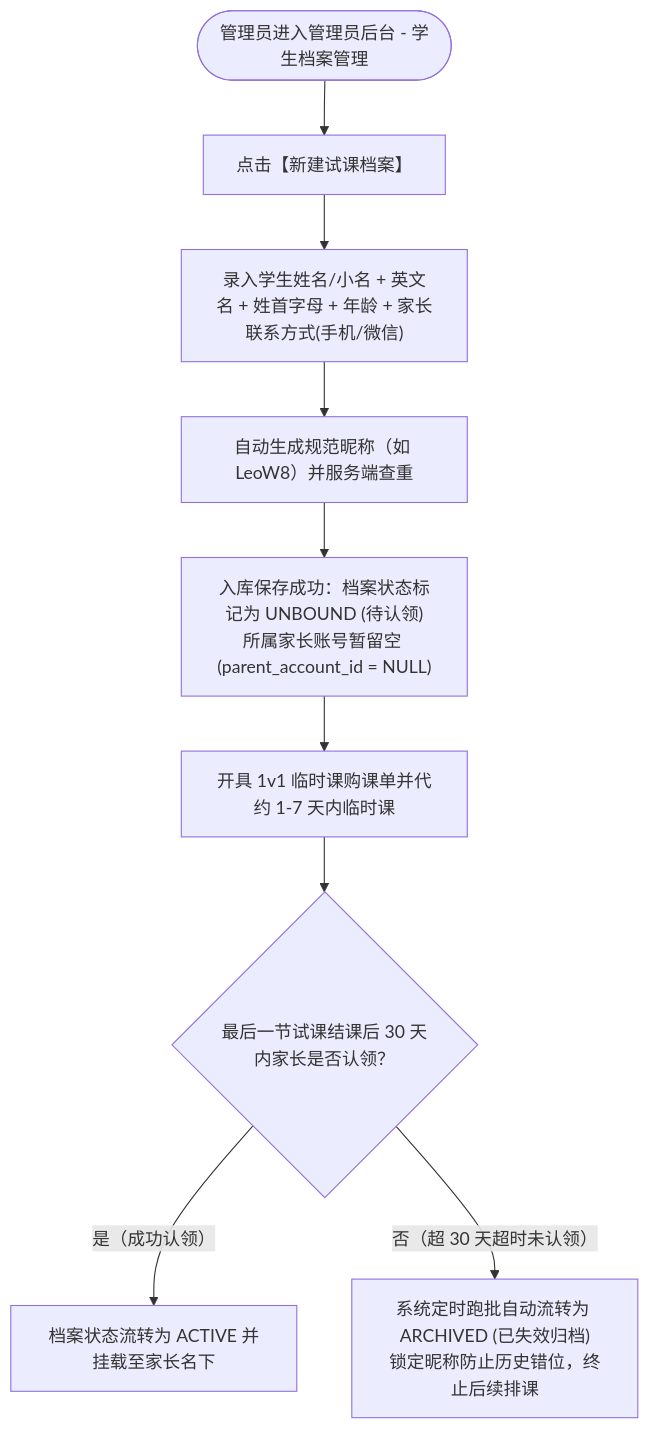
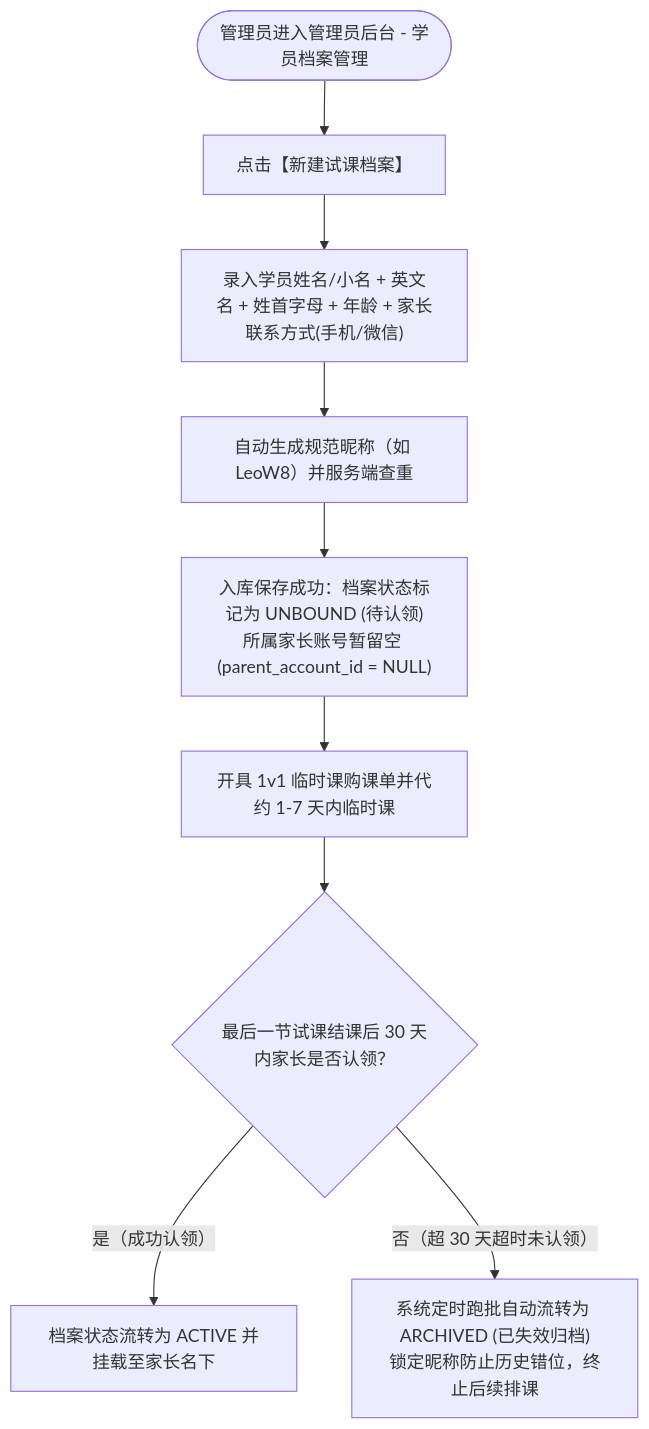
One commit to Onezao/dream changed the second of 6 diagrams in docs/prd/m1a_student_profile.md. Above: the diagram before and after it, drawn with Mermaid. The commit also changed other lines of this file and 37 other files, not shown here.

````diff
--- a/docs/prd/m1a_student_profile.md
+++ b/docs/prd/m1a_student_profile.md
@@ -87,11 +87,11 @@
 ```mermaid
 flowchart TD
-    AdminStart(["管理员进入管理员后台 - 学生档案管理"]) --> ClickPreCreate["点击【新建试课档案】"]
-    ClickPreCreate --> InputTrialForm["录入学生姓名/小名 + 英文名 + 姓首字母 + 年龄 + 家长联系方式(手机/微信)"]
+    AdminStart(["管理员进入管理员后台 - 学员档案管理"]) --> ClickPreCreate["点击【新建试课档案】"]
+    ClickPreCreate --> InputTrialForm["录入学员姓名/小名 + 英文名 + 姓首字母 + 年龄 + 家长联系方式(手机/微信)"]
     InputTrialForm --> AutoNick["自动生成规范昵称（如 LeoW8）并服务端查重"]
     AutoNick --> SaveUnbound["入库保存成功：档案状态标记为 UNBOUND (待认领)<br/>所属家长账号暂留空 (parent_account_id = NULL)"]
     SaveUnbound --> BookTrial["开具 1v1 临时课购课单并代约 1-7 天内临时课"]
     BookTrial --> CheckClaim{"最后一节试课结课后 30 天内家长是否认领？"}
     CheckClaim -->|"是（成功认领）"| BoundActive["档案状态流转为 ACTIVE 并挂载至家长名下"]
     CheckClaim -->|"否（超 30 天超时未认领）"| AutoArchive["系统定时跑批自动流转为 ARCHIVED (已失效归档)<br/>锁定昵称防止历史错位，终止后续排课"]
 ```
````
